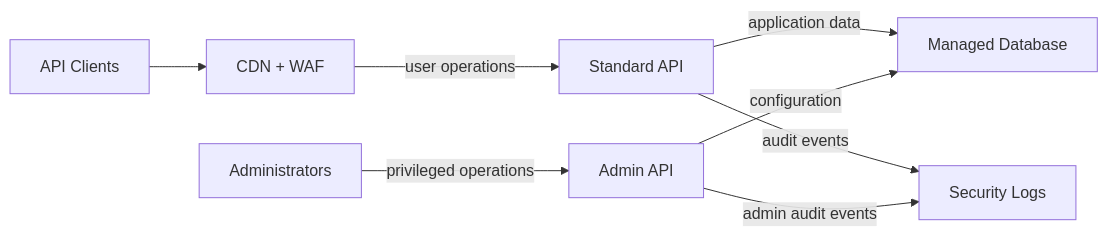
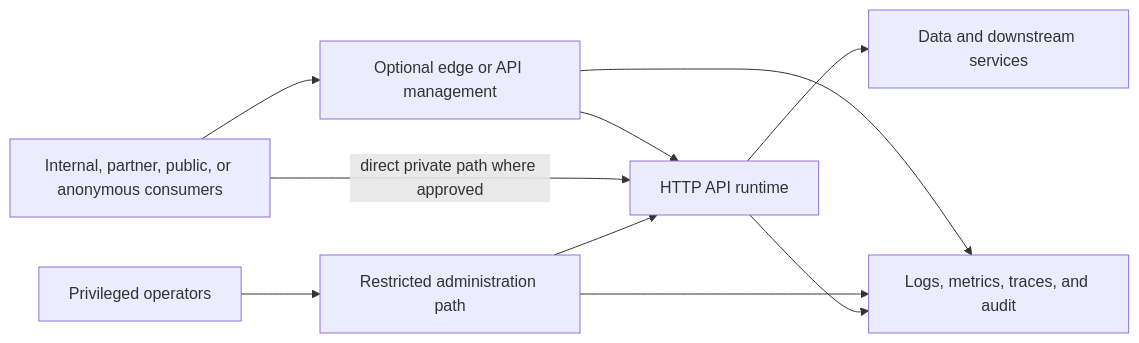
The diagram in reference-architectures/openapi-backends.md (wagov-dtt/architecture-decision-records), drawn with Mermaid before and after one commit. The commit also changed other lines of this file and 35 other files, not shown here.

First line of the commit message:
Modernise cyber protection architecture guidance (#29)

````diff
--- a/reference-architectures/openapi-backends.md
+++ b/reference-architectures/openapi-backends.md
@@ -27,17 +120,18 @@
 ```mermaid
 flowchart LR
-    clients[API Clients]
-    edge[CDN + WAF]
-    api[Standard API]
-    admin[Admin API]
-    db[Managed Database]
-    logs[Security Logs]
-    admins[Administrators]
+    consumers[Internal, partner, public, or anonymous consumers]
+    edge[Optional edge or API management]
+    api[HTTP API runtime]
+    dependencies[Data and downstream services]
+    admins[Privileged operators]
+    adminpath[Restricted administration path]
+    ops[Logs, metrics, traces, and audit]
 
-    clients --> edge -->|user operations| api
-    admins -->|privileged operations| admin
-    api -->|application data| db
-    admin -->|configuration| db
-    api -->|audit events| logs
-    admin -->|admin audit events| logs
+    consumers --> edge --> api
+    consumers -->|direct private path where approved| api
+    admins --> adminpath --> api
+    api --> dependencies
+    edge --> ops
+    adminpath --> ops
+    api --> ops
 ```
````
